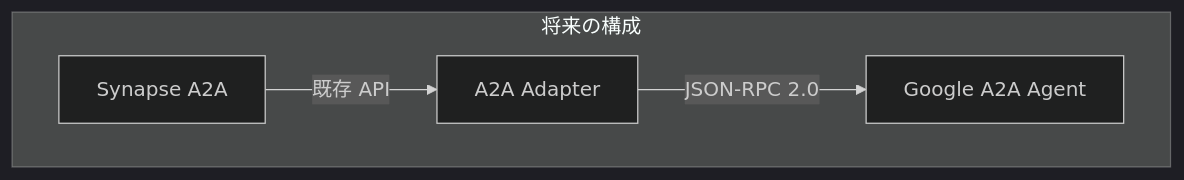
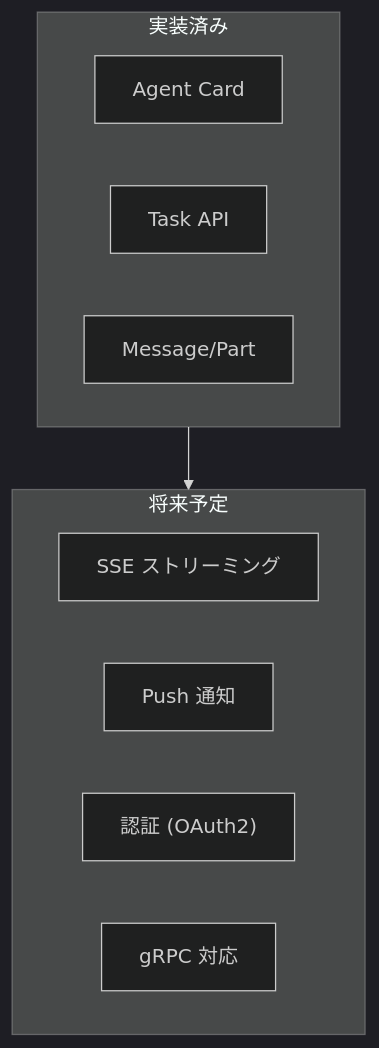
Before and after one commit to s-hiraoku/synapse-a2a: the eighth of 9 diagrams in guides/google-a2a-spec.md, drawn with Mermaid (dark theme). The commit also changed other lines of this file and 4 other files, not shown here.

````diff
--- a/guides/google-a2a-spec.md
+++ b/guides/google-a2a-spec.md
@@ -296,11 +411,17 @@
 ```mermaid
 flowchart TB
-    subgraph Future["将来の構成"]
-        Synapse["Synapse A2A"]
-        Adapter["A2A Adapter"]
-        GoogleAgent["Google A2A Agent"]
+    subgraph Current["実装済み"]
+        AgentCard["Agent Card"]
+        TaskAPI["Task API"]
+        MessagePart["Message/Part"]
+    end
 
-        Synapse -->|"既存 API"| Adapter
-        Adapter -->|"JSON-RPC 2.0"| GoogleAgent
+    subgraph Future["将来予定"]
+        Streaming["SSE ストリーミング"]
+        Push["Push 通知"]
+        Auth["認証 (OAuth2)"]
+        GRPC["gRPC 対応"]
     end
+
+    Current --> Future
 ```
````
